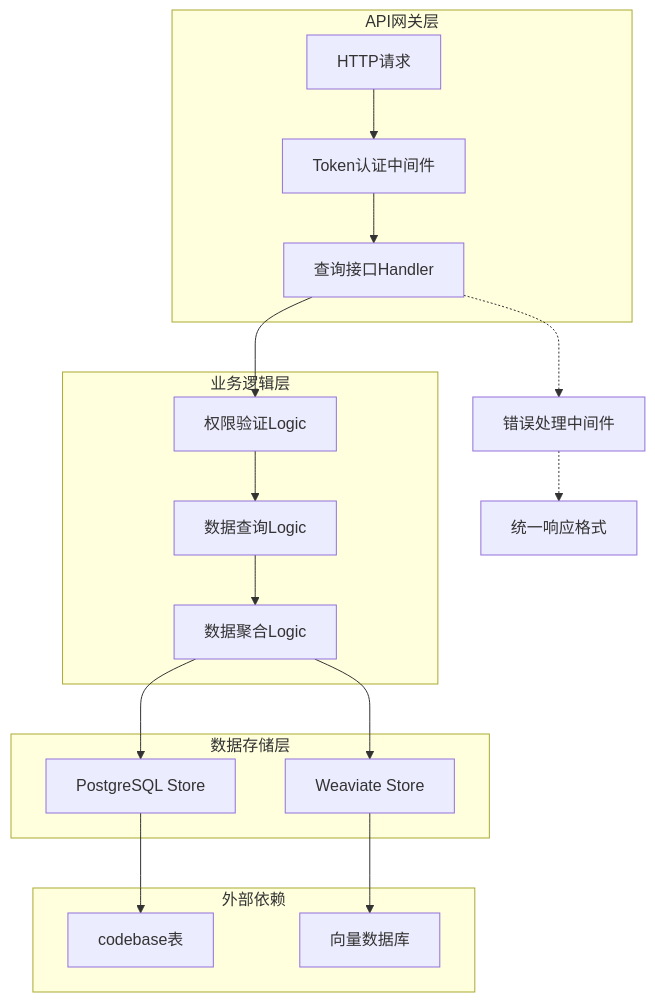
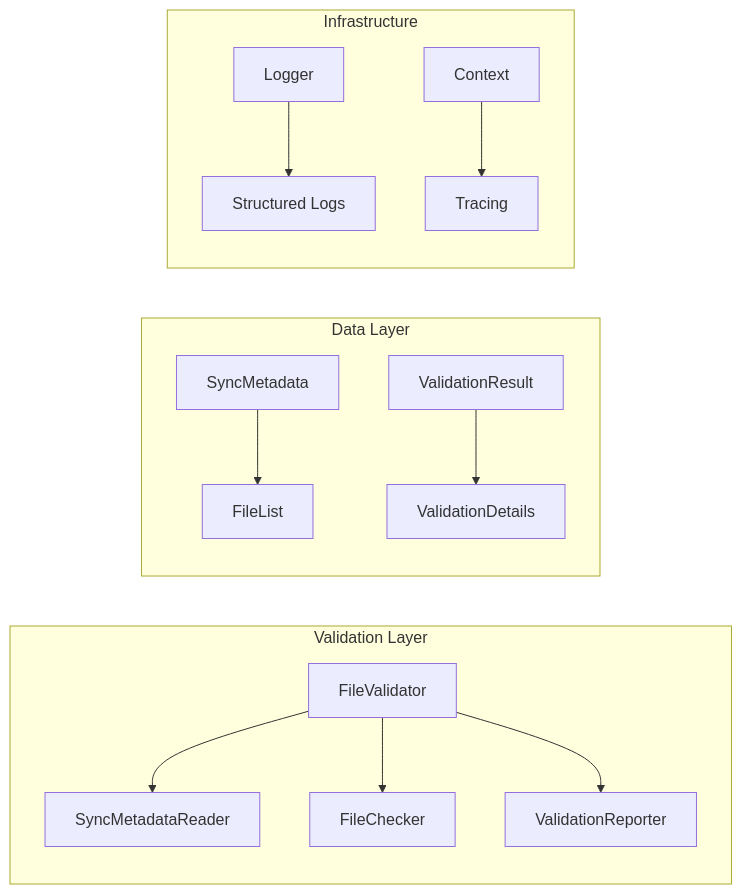
The second of 4 diagrams in docs/technical.md (zgsm-ai/codebase-embedder), drawn with Mermaid before and after one commit. The commit also changed other lines of this file and 14 other files, not shown here.

````diff
--- a/docs/technical.md
+++ b/docs/technical.md
@@ -15,26 +38,18 @@
 ```mermaid
-graph TB
-    subgraph "API网关层"
-        A[HTTP请求] --> B[Token认证中间件]
-        B --> C[查询接口Handler]
+graph LR
+    subgraph "Validation Layer"
+        A[FileValidator] --> B[SyncMetadataReader]
+        A --> C[FileChecker]
+        A --> D[ValidationReporter]
     end
     
-    subgraph "业务逻辑层"
-        C --> D[权限验证Logic]
-        D --> E[数据查询Logic]
-        E --> F[数据聚合Logic]
+    subgraph "Data Layer"
+        E[SyncMetadata] --> F[FileList]
+        G[ValidationResult] --> H[ValidationDetails]
     end
     
-    subgraph "数据存储层"
-        F --> G[PostgreSQL Store]
-        F --> H[Weaviate Store]
+    subgraph "Infrastructure"
+        I[Logger] --> J[Structured Logs]
+        K[Context] --> L[Tracing]
     end
-    
-    subgraph "外部依赖"
-        G --> I[codebase表]
-        H --> J[向量数据库]
-    end
-    
-    C -.-> K[错误处理中间件]
-    K -.-> L[统一响应格式]
 ```
````
